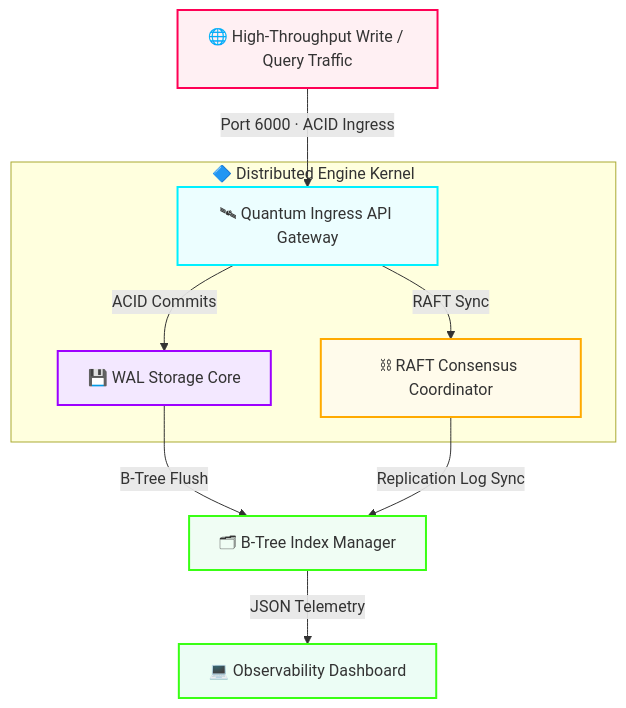
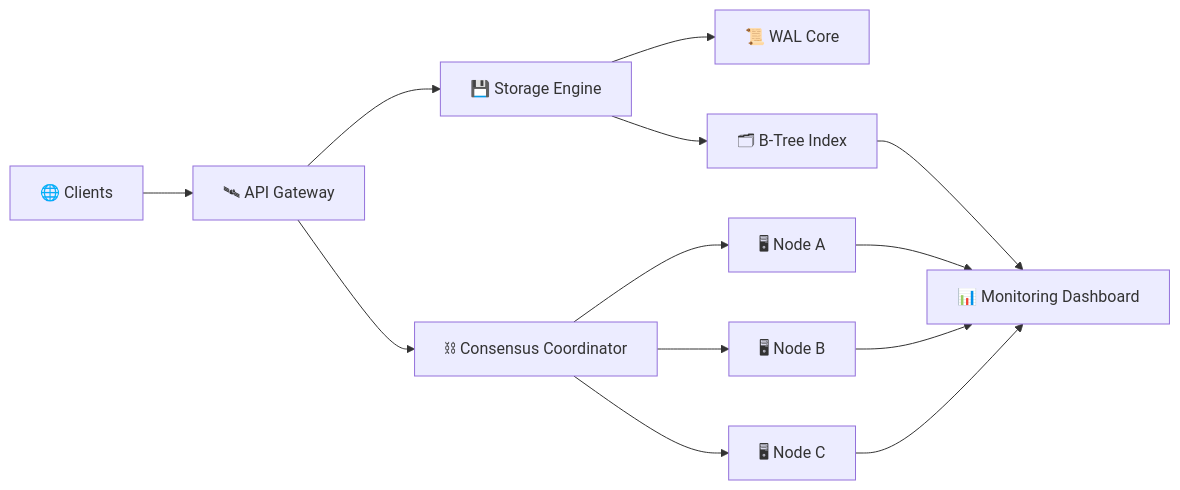
The diagram in README.md (codeby-Vishwajeet/quantum-db-engine), drawn with Mermaid before and after one commit. The commit also changed other lines of this file, not shown here.

````diff
--- a/README.md
+++ b/README.md
@@ -37,22 +63,25 @@
 ```mermaid
-graph TD
-    Client[🌐 High-Throughput Write / Query Traffic]
-    Client -->|Port 6000 · ACID Ingress| Gateway
+flowchart LR
 
-    subgraph kernel [" 🔷  Distributed Engine Kernel "]
-        Gateway[🛰 Quantum Ingress API Gateway]
-        Gateway -->|ACID Commits| Storage[💾 WAL Storage Core]
-        Gateway -->|RAFT Sync| Consensus[⛓ RAFT Consensus Coordinator]
-    end
+Client[🌐 Clients]
 
-    Storage  -->|B-Tree Flush| Index[🗂 B-Tree Index Manager]
-    Consensus -->|Replication Log Sync| Index
-    Index    -->|JSON Telemetry| Dashboard[💻 Observability Dashboard]
+Client --> Gateway[🛰 API Gateway]
 
-    style Client    fill:#fff0f3,stroke:#ff0055,stroke-width:2px
-    style Gateway   fill:#ecfeff,stroke:#00f0ff,stroke-width:2px
-    style Storage   fill:#f3e8ff,stroke:#9d00ff,stroke-width:2px
-    style Consensus fill:#fffbeb,stroke:#ffaa00,stroke-width:2px
-    style Index     fill:#f0fdf4,stroke:#39ff14,stroke-width:2px
-    style Dashboard fill:#ecfdf5,stroke:#39ff14,stroke-width:2px
+Gateway --> Storage[💾 Storage Engine]
+
+Gateway --> Consensus[⛓ Consensus Coordinator]
+
+Storage --> WAL[📜 WAL Core]
+
+Storage --> Index[🗂 B-Tree Index]
+
+Consensus --> Replica1[🖥 Node A]
+Consensus --> Replica2[🖥 Node B]
+Consensus --> Replica3[🖥 Node C]
+
+Index --> Dashboard[📊 Monitoring Dashboard]
+
+Replica1 --> Dashboard
+Replica2 --> Dashboard
+Replica3 --> Dashboard
 ```
````
